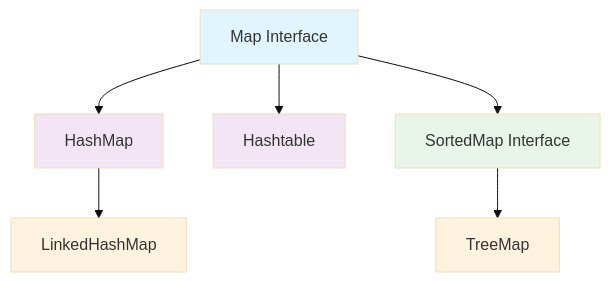
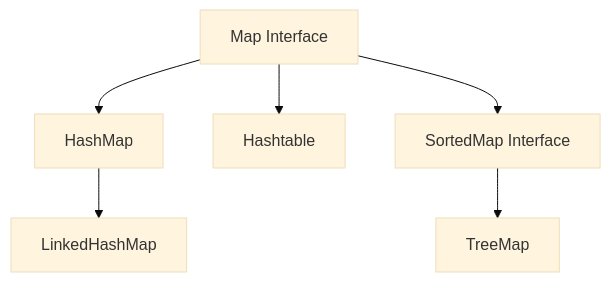
The first of 4 diagrams in readme/course5/Map.md (prasanvb/Java), drawn with Mermaid (base theme) before and after one commit. The commit also changed other lines of this file, not shown here.

````diff
--- a/readme/course5/Map.md
+++ b/readme/course5/Map.md
@@ -39,15 +39,8 @@
 ```mermaid
 graph TD
     A[Map Interface] --> B[HashMap]
     A --> C[Hashtable]
     A --> D[SortedMap Interface]
     B --> E[LinkedHashMap]
     D --> F[TreeMap]
-    
-    style A fill:#e1f5fe
-    style B fill:#f3e5f5
-    style C fill:#f3e5f5
-    style D fill:#e8f5e8
-    style E fill:#fff3e0
-    style F fill:#fff3e0
 ```
````
